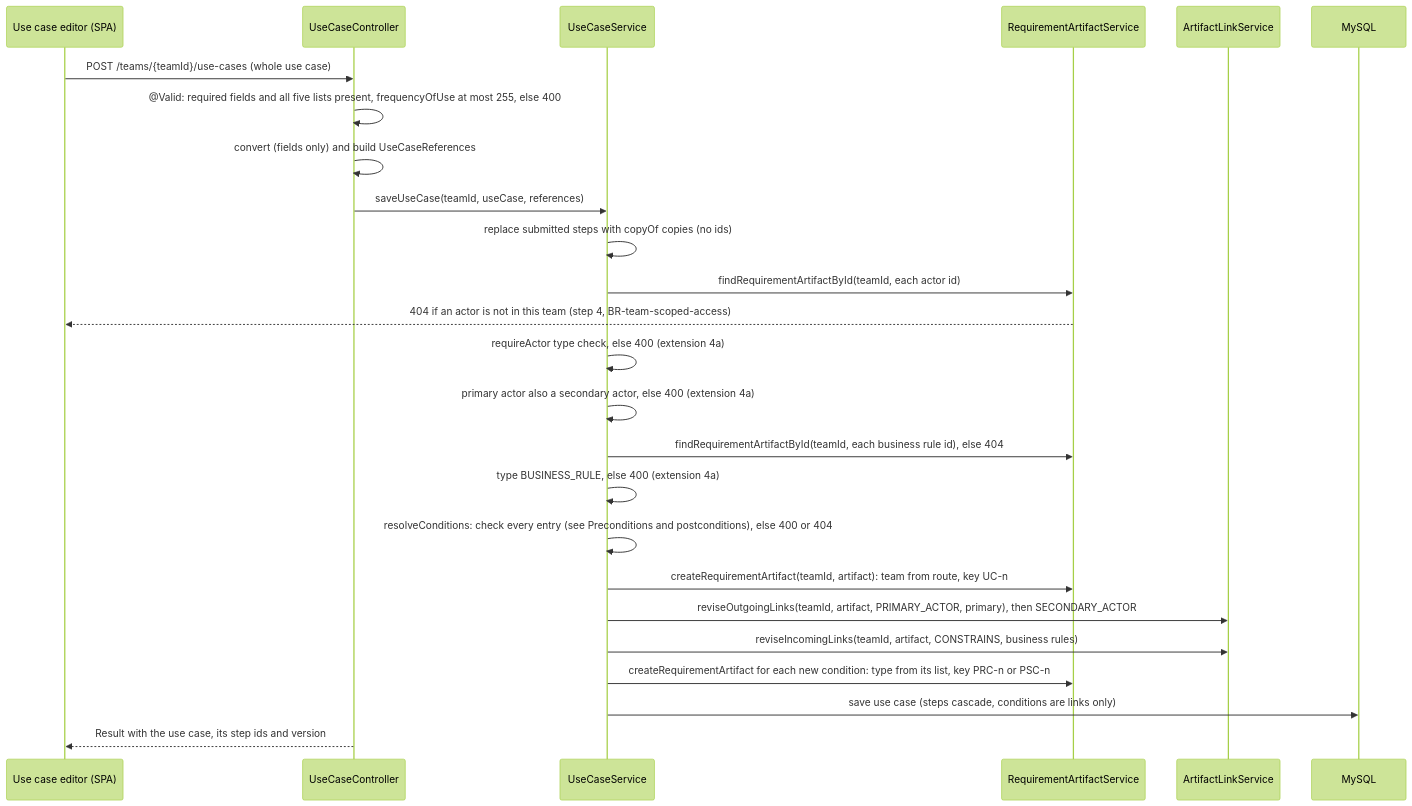
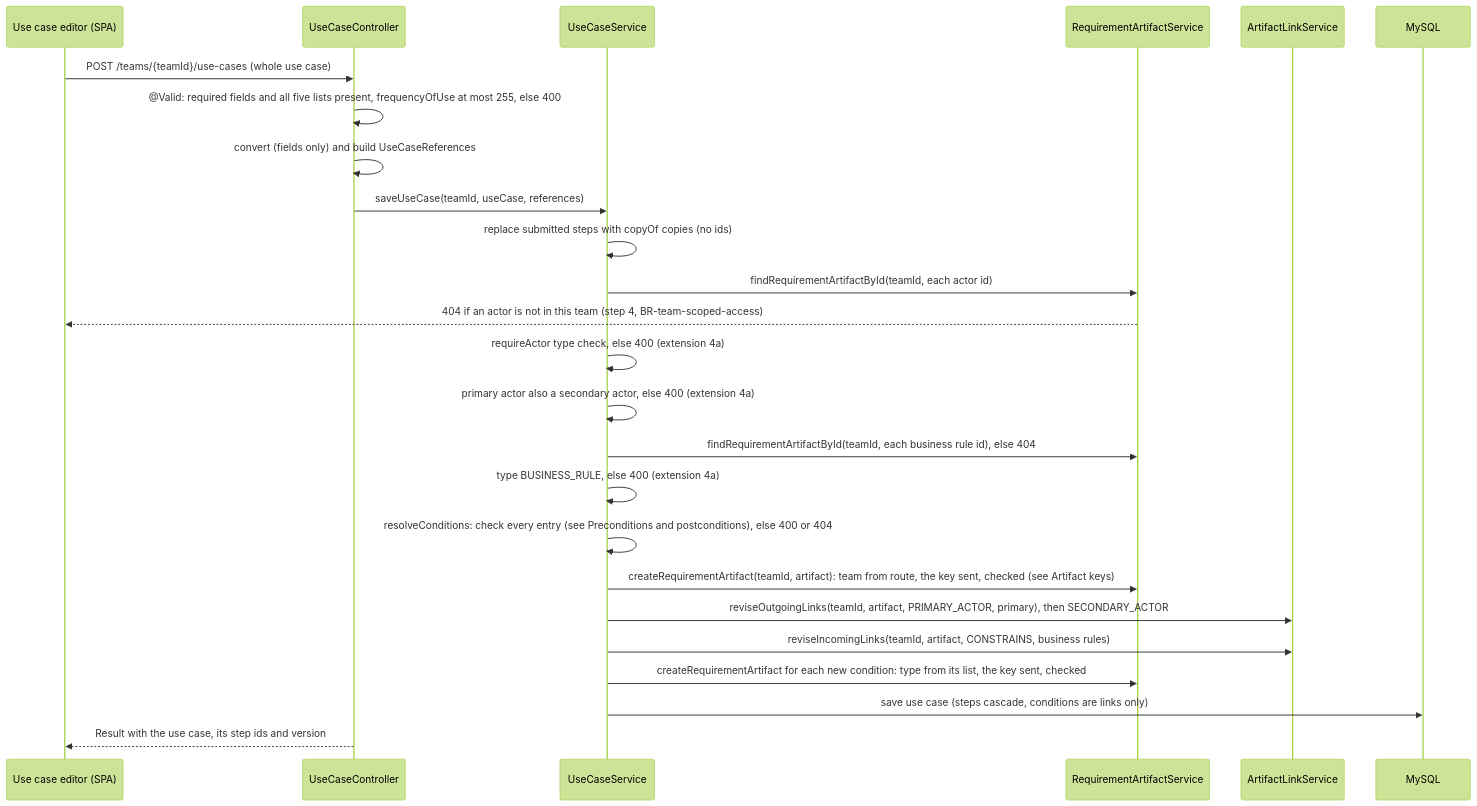
Before and after one commit to Washingtonwei/project-pulse: the second of 11 diagrams in docs/design/doc.md, drawn with Mermaid (forest theme). The commit also changed other lines of this file and 5 other files, not shown here.

First line of the commit message:
Design name-based artifact keys for every type

````diff
--- a/docs/design/doc.md
+++ b/docs/design/doc.md
@@ -166,27 +166,27 @@
 ```mermaid
 sequenceDiagram
     participant E as Use case editor (SPA)
     participant C as UseCaseController
     participant S as UseCaseService
     participant R as RequirementArtifactService
     participant L as ArtifactLinkService
     participant DB as MySQL
     E->>C: POST /teams/{teamId}/use-cases (whole use case)
     C->>C: @Valid: required fields and all five lists present, frequencyOfUse at most 255, else 400
     C->>C: convert (fields only) and build UseCaseReferences
     C->>S: saveUseCase(teamId, useCase, references)
     S->>S: replace submitted steps with copyOf copies (no ids)
     S->>R: findRequirementArtifactById(teamId, each actor id)
     R-->>E: 404 if an actor is not in this team (step 4, BR-team-scoped-access)
     S->>S: requireActor type check, else 400 (extension 4a)
     S->>S: primary actor also a secondary actor, else 400 (extension 4a)
     S->>R: findRequirementArtifactById(teamId, each business rule id), else 404
     S->>S: type BUSINESS_RULE, else 400 (extension 4a)
     S->>S: resolveConditions: check every entry (see Preconditions and postconditions), else 400 or 404
-    S->>R: createRequirementArtifact(teamId, artifact): team from route, key UC-n
+    S->>R: createRequirementArtifact(teamId, artifact): team from route, the key sent, checked (see Artifact keys)
     S->>L: reviseOutgoingLinks(teamId, artifact, PRIMARY_ACTOR, primary), then SECONDARY_ACTOR
     S->>L: reviseIncomingLinks(teamId, artifact, CONSTRAINS, business rules)
-    S->>R: createRequirementArtifact for each new condition: type from its list, key PRC-n or PSC-n
+    S->>R: createRequirementArtifact for each new condition: type from its list, the key sent, checked
     S->>DB: save use case (steps cascade, conditions are links only)
     C-->>E: Result with the use case, its step ids and version
 ```
````
